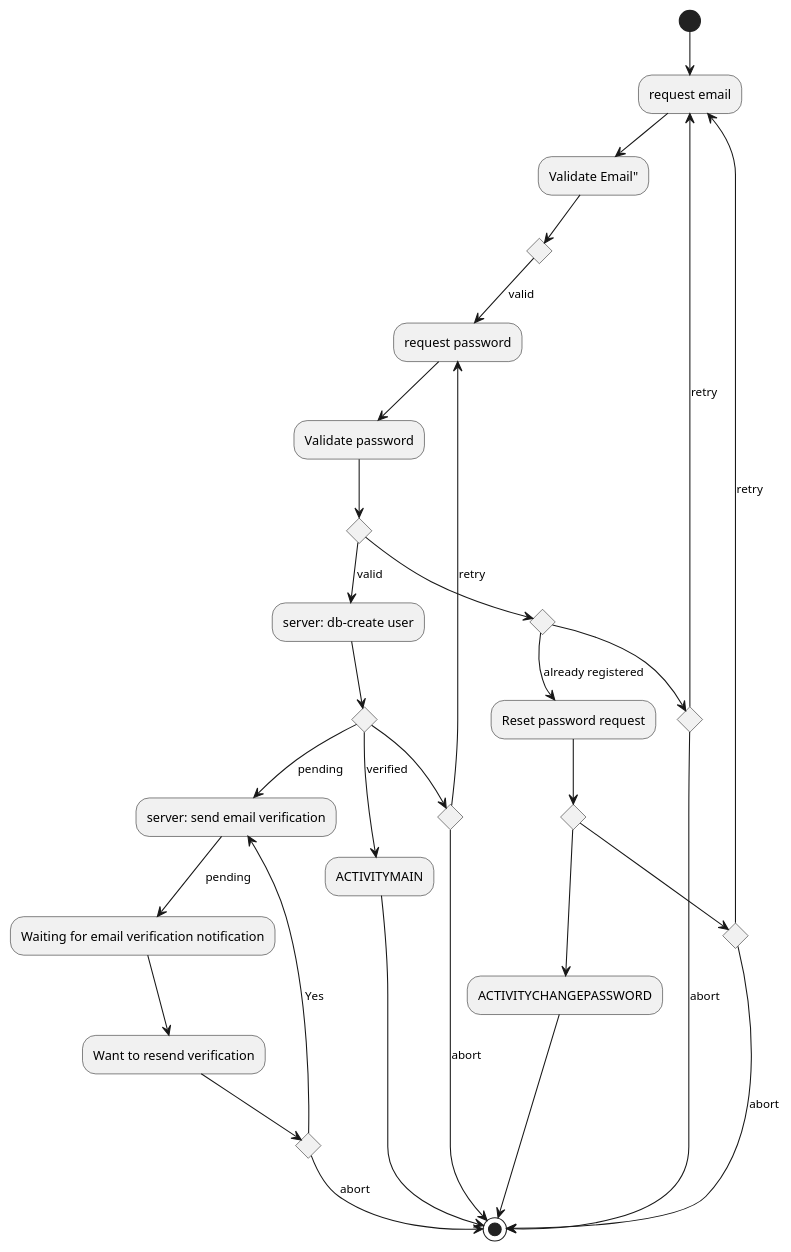
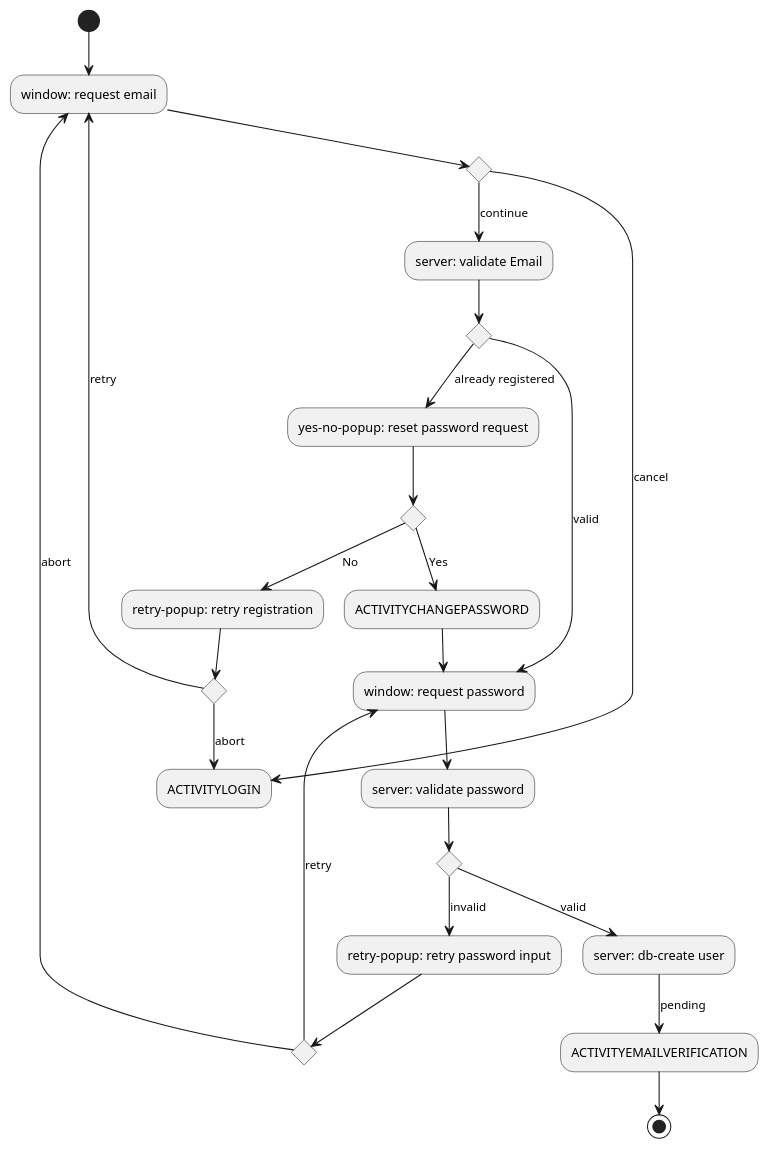
The diagram in docs/architecture/ACTIVITYREGISTER.puml (0K5/campusfinder), drawn with PlantUML before and after one commit. The commit also changed 15 other files, not shown here.

Commit message:
Added some activity diagrams about registration, login and settings.

```diff
--- a/docs/architecture/ACTIVITYREGISTER.puml
+++ b/docs/architecture/ACTIVITYREGISTER.puml
@@ -1,48 +1,37 @@
 @startuml
-(*)  --> "request email"
---> Validate Email"
-If "" then
-    --> [valid] "request password"
-    --> "Validate password"
-    If "" then
-        --> [valid] "server: db-create user"
+(*)  --> "window: request email"
+if "" then
+    --> [continue] "server: validate Email"
+    if "" then
+        --> [valid] "window: request password"
+        --> "server: validate password"
         if "" then
-            --> [verified] "ACTIVITYMAIN"
+            --> [valid] "server: db-create user"
+            --> [pending] "ACTIVITYEMAILVERIFICATION"
             --> (*)
         else
-            --> [pending] "server: send email verification"
-            --> [pending] "Waiting for email verification notification"
-            --> "Want to resend verification"
+            --> [invalid] "retry-popup: retry password input"
             if "" then
-                --> [Yes] "server: send email verification"
+                --> [abort] "window: request email"
             else
-                --> [abort] (*)
+                --> [retry] "window: request password"
+            Endif
         Endif
     else
+        --> [already registered] "yes-no-popup: reset password request"
         if "" then
-            --> [abort] (*)
+            --> [Yes] "ACTIVITYCHANGEPASSWORD"
+            --> "window: request password"
         else
-            --> [retry] "request password"
+            --> [No] "retry-popup: retry registration"
+            if "" then
+                --> [abort] "ACTIVITYLOGIN"
+            else
+                --> [retry] "window: request email"
+            Endif
         Endif
     Endif
 else
-    if "" then
-        --> [already registered] "Reset password request"
-        if "" then
-            --> "ACTIVITYCHANGEPASSWORD"
-            --> (*)
-        else
-            if "" then
-                --> [abort] (*)
-            else
-                --> [retry] "request email"
-            Endif
-        Endif
-    else
-        if "" then
-            --> [abort] (*)
-        else
-            --> [retry] "request email"
-        Endif
+    --> [cancel] "ACTIVITYLOGIN"
 Endif
 @enduml
```
